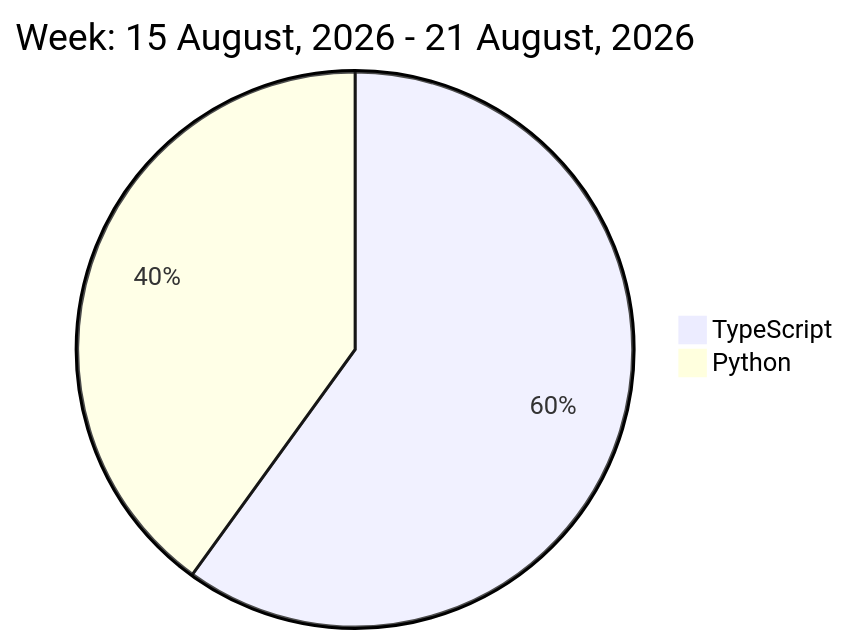
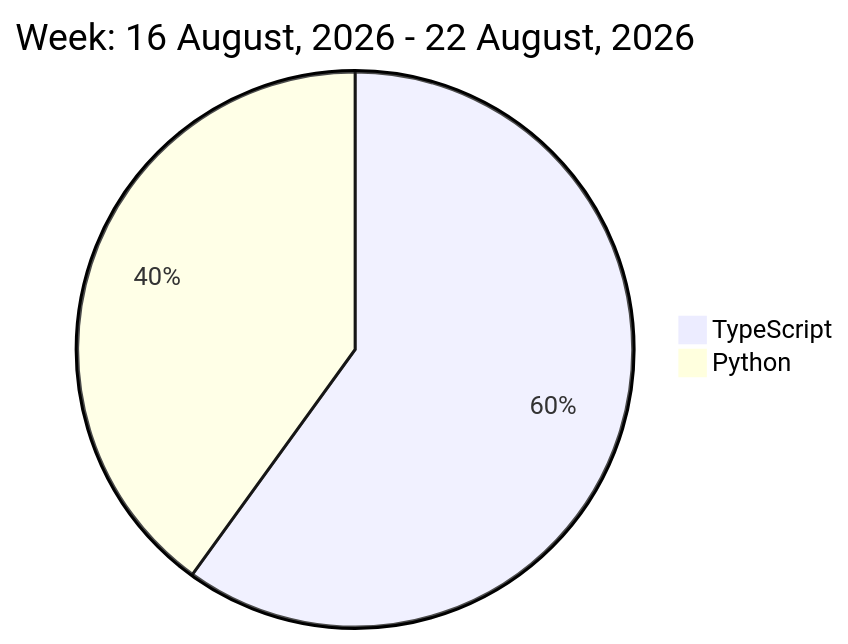
One commit to liubin95/liubin95 changed the diagram in README.md. Above: the diagram before and after it, drawn with Mermaid.

Commit message:
Updated the Graph with new Metrics

````diff
--- a/README.md
+++ b/README.md
@@ -32,6 +32,6 @@
 ```mermaid
  pie
-title Week: 15 August, 2026 - 21 August, 2026
+title Week: 16 August, 2026 - 22 August, 2026
  "TypeScript" : 4.15
  "Python" : 2.77
 ```
````
